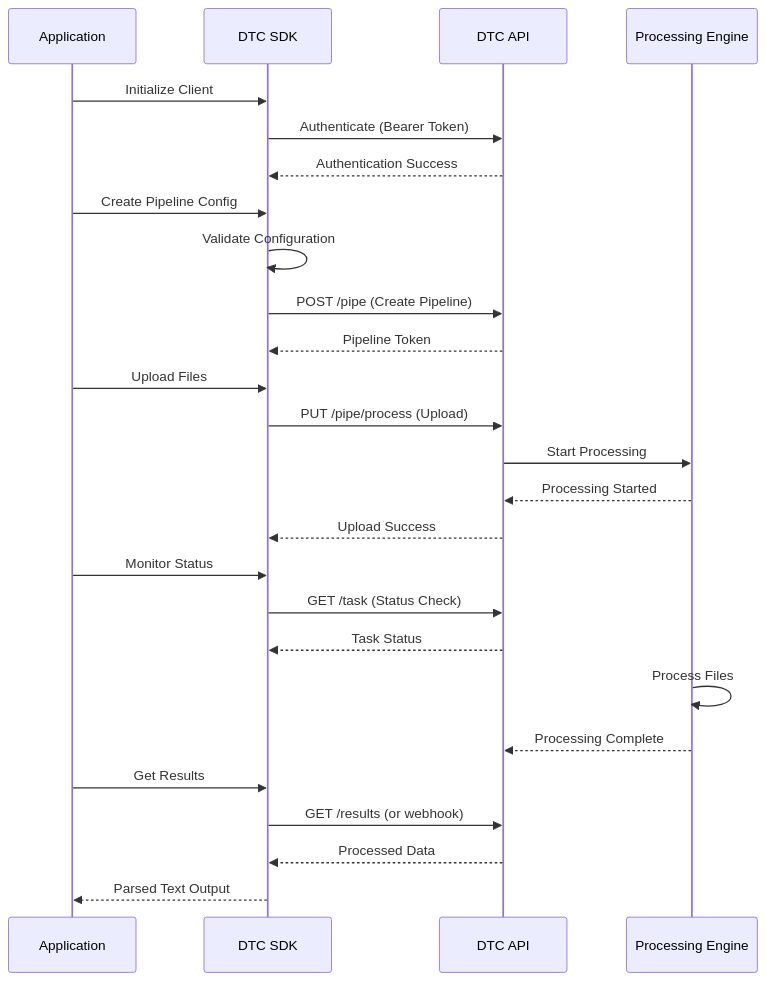
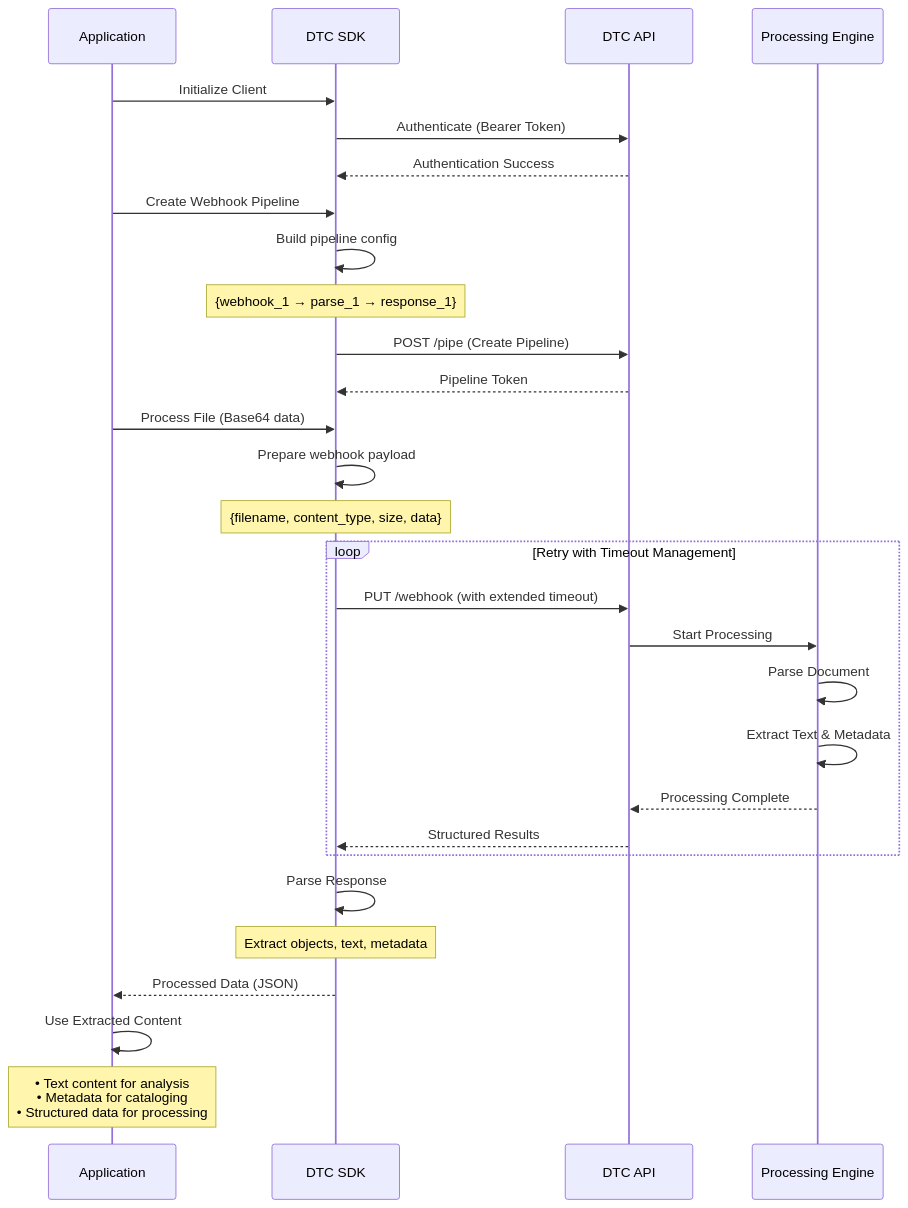
Before and after one commit to AparaviSoftware/dtc-api-sdk: the sixth of 11 diagrams in docs/ARCHITECTURE.md, drawn with Mermaid. The commit also changed other lines of this file and 45 other files, not shown here.

````diff
--- a/docs/ARCHITECTURE.md
+++ b/docs/ARCHITECTURE.md
@@ -53,34 +236,37 @@
 ```mermaid
 sequenceDiagram
     participant App as Application
     participant SDK as DTC SDK
     participant API as DTC API
     participant Engine as Processing Engine
     
     App->>SDK: Initialize Client
     SDK->>API: Authenticate (Bearer Token)
     API-->>SDK: Authentication Success
     
-    App->>SDK: Create Pipeline Config
-    SDK->>SDK: Validate Configuration
+    App->>SDK: Create Webhook Pipeline
+    SDK->>SDK: Build pipeline config
+    Note over SDK: {webhook_1 → parse_1 → response_1}
     SDK->>API: POST /pipe (Create Pipeline)
     API-->>SDK: Pipeline Token
     
-    App->>SDK: Upload Files
-    SDK->>API: PUT /pipe/process (Upload)
-    API->>Engine: Start Processing
-    Engine-->>API: Processing Started
-    API-->>SDK: Upload Success
+    App->>SDK: Process File (Base64 data)
+    SDK->>SDK: Prepare webhook payload
+    Note over SDK: {filename, content_type, size, data}
     
-    App->>SDK: Monitor Status
-    SDK->>API: GET /task (Status Check)
-    API-->>SDK: Task Status
+    loop Retry with Timeout Management
+        SDK->>API: PUT /webhook (with extended timeout)
+        API->>Engine: Start Processing
+        Engine->>Engine: Parse Document
+        Engine->>Engine: Extract Text & Metadata
+        Engine-->>API: Processing Complete
+        API-->>SDK: Structured Results
+    end
     
-    Engine->>Engine: Process Files
-    Engine-->>API: Processing Complete
+    SDK->>SDK: Parse Response
+    Note over SDK: Extract objects, text, metadata
+    SDK-->>App: Processed Data (JSON)
     
-    App->>SDK: Get Results
-    SDK->>API: GET /results (or webhook)
-    API-->>SDK: Processed Data
-    SDK-->>App: Parsed Text Output
+    App->>App: Use Extracted Content
+    Note over App: • Text content for analysis<br/>• Metadata for cataloging<br/>• Structured data for processing
 ```
````
